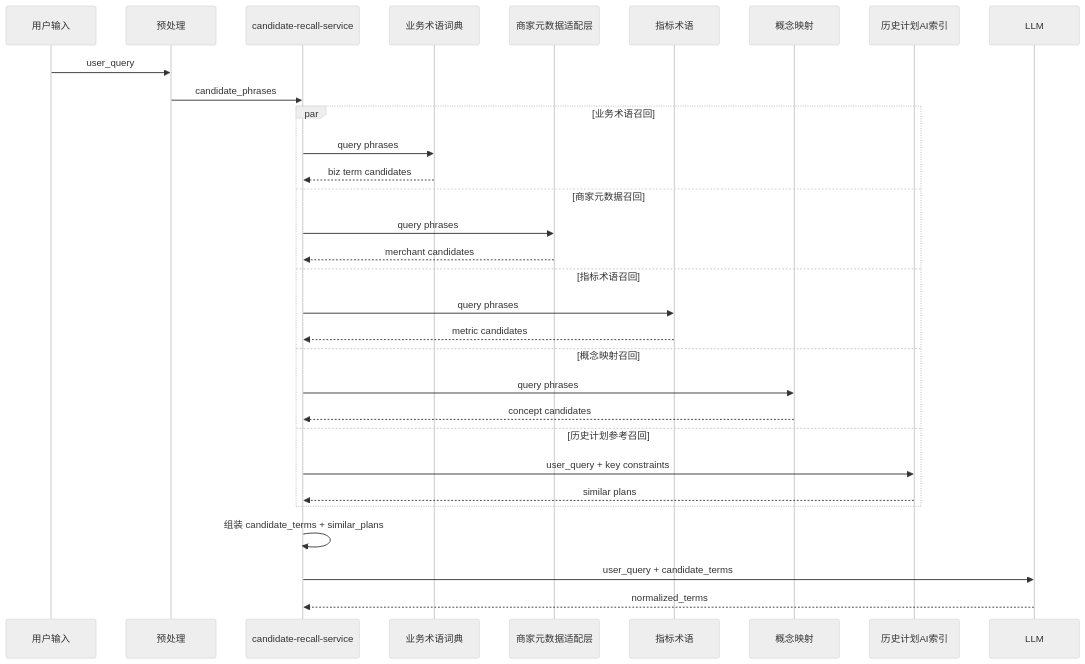
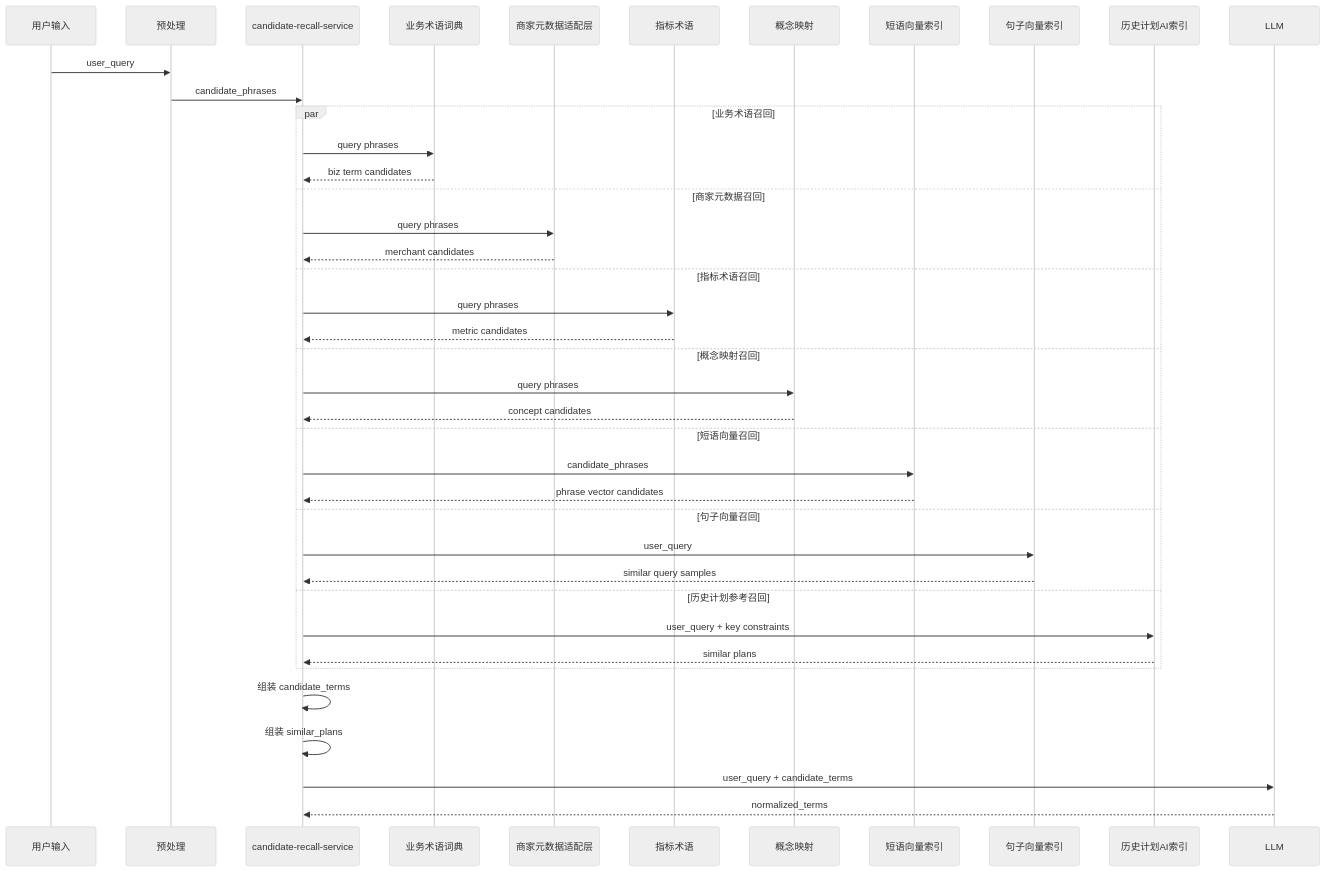
One commit to zhixiongzhou02/task changed the second of 3 diagrams in docs/任务分配与自动检核系统AI方案/02-自然语言计划生成/01-总方案/02-意图理解与筛选映射.md. Above: the diagram before and after it, drawn with Mermaid (neutral theme). The commit also changed other lines of this file and 1 other file, not shown here.

Commit message:
docs: refine intent flow references and scoring

````diff
--- a/docs/任务分配与自动检核系统AI方案/02-自然语言计划生成/01-总方案/02-意图理解与筛选映射.md
+++ b/docs/任务分配与自动检核系统AI方案/02-自然语言计划生成/01-总方案/02-意图理解与筛选映射.md
@@ -343,34 +399,43 @@
 ```mermaid
 sequenceDiagram
     participant U as 用户输入
     participant P as 预处理
     participant R as candidate-recall-service
     participant B as 业务术语词典
     participant M as 商家元数据适配层
     participant T as 指标术语
     participant C as 概念映射
+    participant TV as 短语向量索引
+    participant QV as 句子向量索引
     participant H as 历史计划AI索引
     participant L as LLM
 
     U->>P: user_query
     P->>R: candidate_phrases
     par 业务术语召回
         R->>B: query phrases
         B-->>R: biz term candidates
     and 商家元数据召回
         R->>M: query phrases
         M-->>R: merchant candidates
     and 指标术语召回
         R->>T: query phrases
         T-->>R: metric candidates
     and 概念映射召回
         R->>C: query phrases
         C-->>R: concept candidates
+    and 短语向量召回
+        R->>TV: candidate_phrases
+        TV-->>R: phrase vector candidates
+    and 句子向量召回
+        R->>QV: user_query
+        QV-->>R: similar query samples
     and 历史计划参考召回
         R->>H: user_query + key constraints
         H-->>R: similar plans
     end
-    R->>R: 组装 candidate_terms + similar_plans
+    R->>R: 组装 candidate_terms
+    R->>R: 组装 similar_plans
     R->>L: user_query + candidate_terms
     L-->>R: normalized_terms
 ```
````
